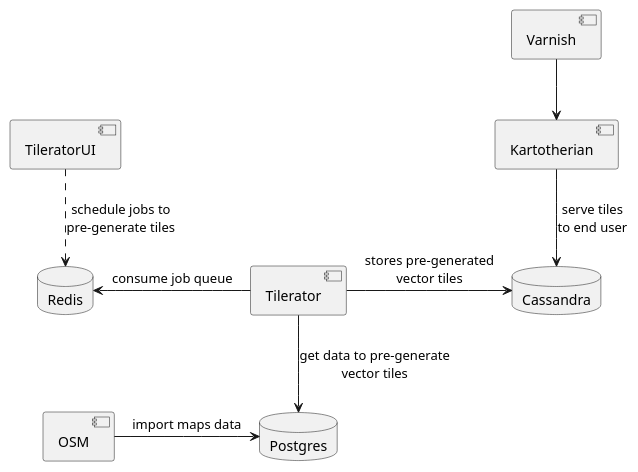
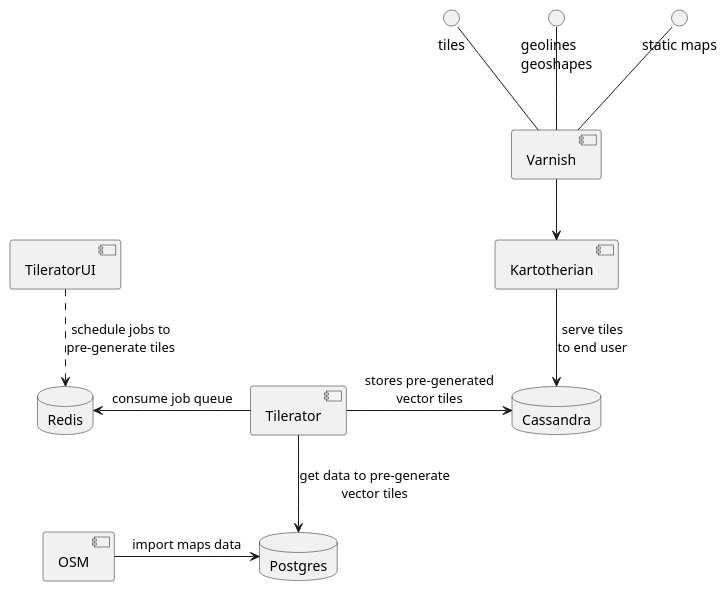
The diagram in plantuml/maps/maps-components.puml (gehel/notes), drawn with PlantUML before and after one commit. The commit also changed 1 other file, not shown here.

Commit message:
maps diagrams

```diff
--- a/plantuml/maps/maps-components.puml
+++ b/plantuml/maps/maps-components.puml
@@ -1,21 +1,27 @@
 @startuml
-
+() tiles
+() "geolines\ngeoshapes" as geoshapes
+() "static maps" as staticmaps
 [Varnish]
 [Kartotherian]
 [Tilerator]
 [TileratorUI]
 [OSM]
 database Cassandra
 database Redis
 database Postgres
+
+tiles -- Varnish
+geoshapes -- Varnish
+staticmaps -- Varnish
 
 OSM -> Postgres: import maps data
 Tilerator -left-> Redis: consume job queue
 Tilerator --> Postgres: get data to pre-generate\nvector tiles
 Tilerator -> Cassandra: stores pre-generated\nvector tiles
 
 TileratorUI ..> Redis: schedule jobs to\npre-generate tiles
 
 Kartotherian --> Cassandra: serve tiles\nto end user
 Varnish --> Kartotherian
 @enduml
```
